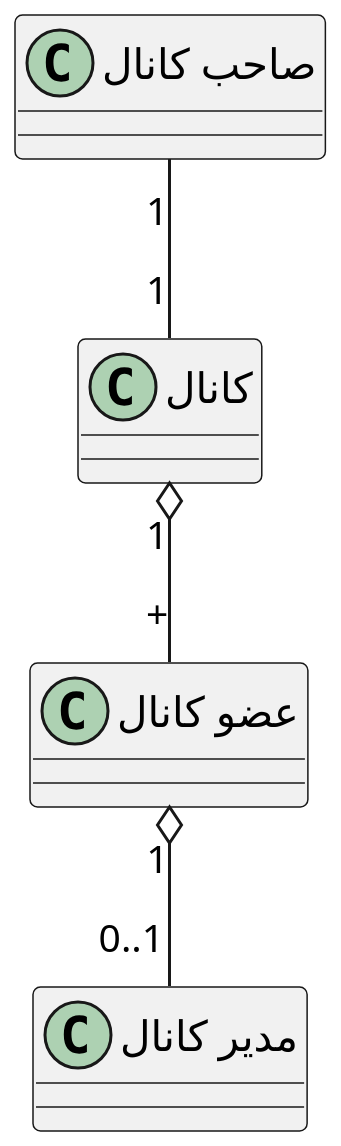
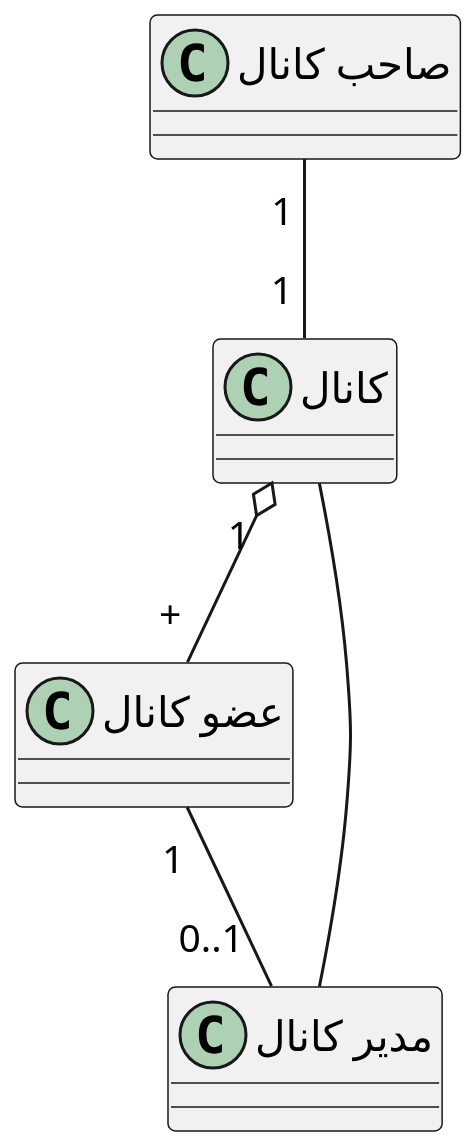
The diagram in Diagrams/Class/ChooseManager.puml (soleyman79/Qasedak), drawn with PlantUML before and after one commit. The commit also changed 15 other files, not shown here.

```diff
--- a/Diagrams/Class/ChooseManager.puml
+++ b/Diagrams/Class/ChooseManager.puml
@@ -1,23 +1,24 @@
 @startuml choose_manager
 
 scale 2
 skinparam DefaultFontName B Nazanin
 skinparam ArrowMessageAlignment right
 
 class "صاحب کانال" as owner {
 }
 
 class "کانال" as chanel {
 }
 
 class "عضو کانال" as member {
 }
 
 class "مدیر کانال" as manager {
 }
 
-owner "1" -- "1" chanel
-chanel "1" o-- "+" member
-member "1" o-- "0..1" manager
+owner "         1" -- "         1" chanel
+chanel "            1" o-- "            +" member
+member "        1" -- "          0..1" manager
+chanel -- manager
 
 @enduml
```
